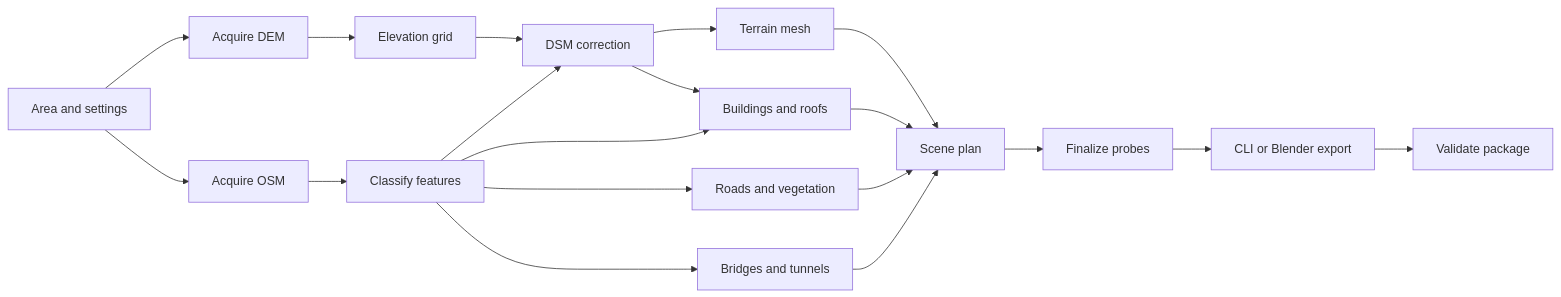
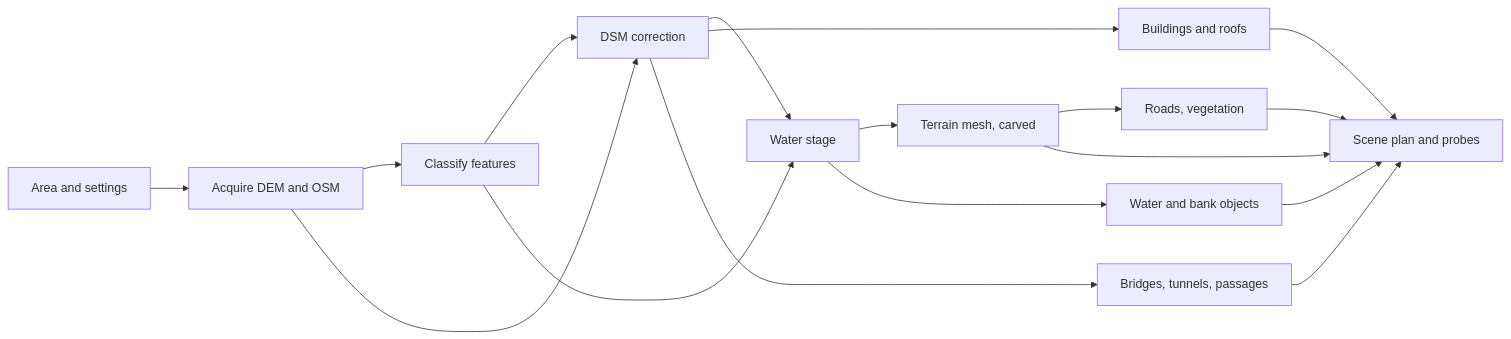
The first of 2 diagrams in docs/architecture/README.md (lingshf/map-builder), drawn with Mermaid before and after one commit. The commit also changed other lines of this file and 2 other files, not shown here.

First line of the commit message:
docs: architecture refresh and water/shore design (DOC-ARCH, DOC-WATER-DESIGN) (#90)

````diff
--- a/docs/architecture/README.md
+++ b/docs/architecture/README.md
@@ -11,21 +10,19 @@
 ```mermaid
 flowchart LR
-  A[Area and settings] --> B[Acquire DEM]
-  A --> C[Acquire OSM]
-  B --> D[Elevation grid]
-  C --> E[Classify features]
-  D --> F[DSM correction]
-  E --> F
-  E --> G[Buildings and roofs]
-  F --> H[Terrain mesh]
-  F --> G
-  E --> I[Roads and vegetation]
-  E --> J[Bridges and tunnels]
-  G --> K[Scene plan]
+  A[Area and settings] --> B[Acquire DEM and OSM]
+  B --> C[Classify features]
+  B --> D[DSM correction]
+  C --> D
+  D --> E[Water stage]
+  C --> E
+  E --> F[Terrain mesh, carved]
+  E --> G[Water and bank objects]
+  D --> H[Buildings and roofs]
+  F --> I[Roads, vegetation]
+  D --> J[Bridges, tunnels, passages]
+  F --> K[Scene plan and probes]
+  G --> K
   H --> K
   I --> K
   J --> K
-  K --> L[Finalize probes]
-  L --> M[CLI or Blender export]
-  M --> N[Validate package]
 ```
````
